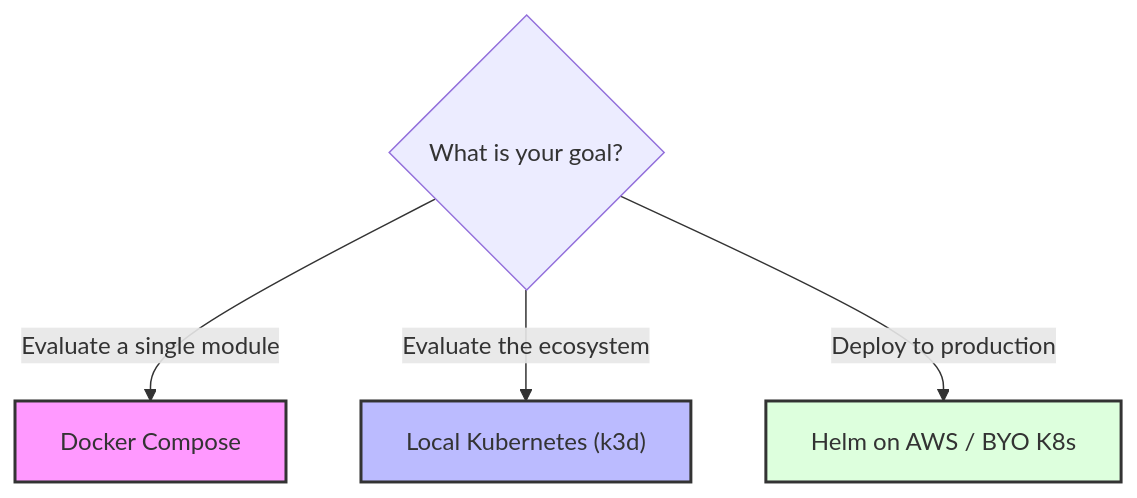
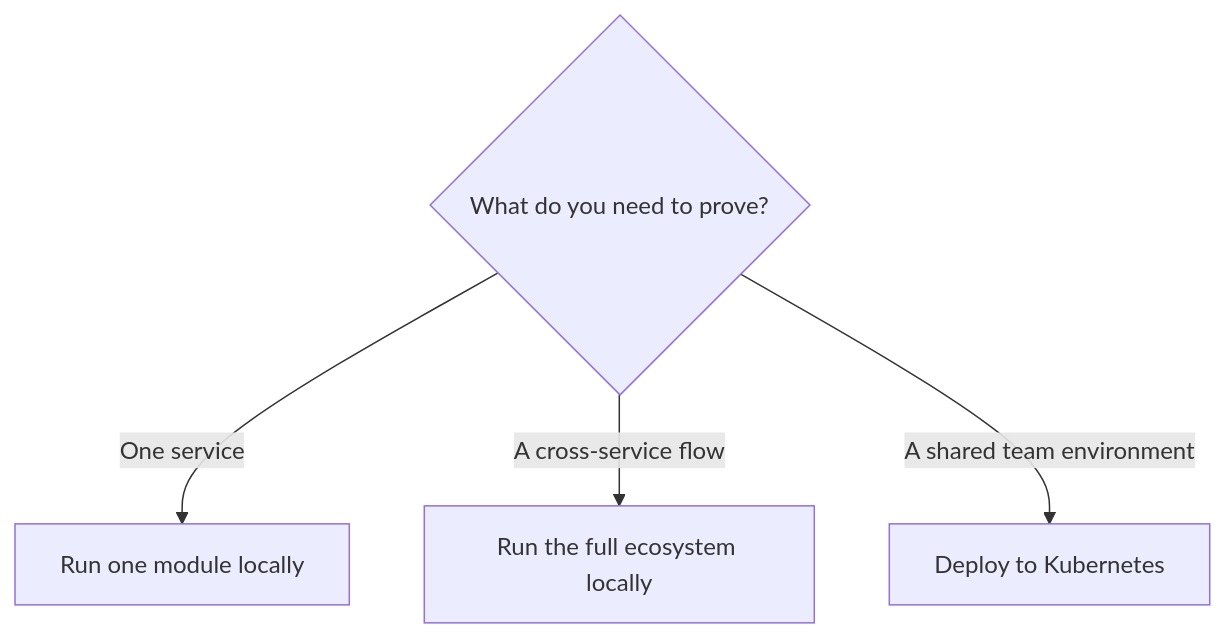
One commit to Labs64/labs64.io-docs changed the diagram in getting-started/index.md. Above: the diagram before and after it, drawn with Mermaid. The commit also changed other lines of this file and 54 other files, not shown here.

````diff
--- a/getting-started/index.md
+++ b/getting-started/index.md
@@ -26,11 +26,7 @@
 ```mermaid
 flowchart TD
-  Q{"What is your goal?"}
-  Q -->|"Evaluate a single module"| D["Docker Compose"]
-  Q -->|"Evaluate the ecosystem"| K["Local Kubernetes (k3d)"]
-  Q -->|"Deploy to production"| H["Helm on AWS / BYO K8s"]
-  
-  style D fill:#f9f,stroke:#333,stroke-width:2px
-  style K fill:#bbf,stroke:#333,stroke-width:2px
-  style H fill:#dfd,stroke:#333,stroke-width:2px
+  Q{"What do you need to prove?"}
+  Q -->|"One service"| D["Run one module locally"]
+  Q -->|"A cross-service flow"| K["Run the full ecosystem locally"]
+  Q -->|"A shared team environment"| H["Deploy to Kubernetes"]
 ```
````
